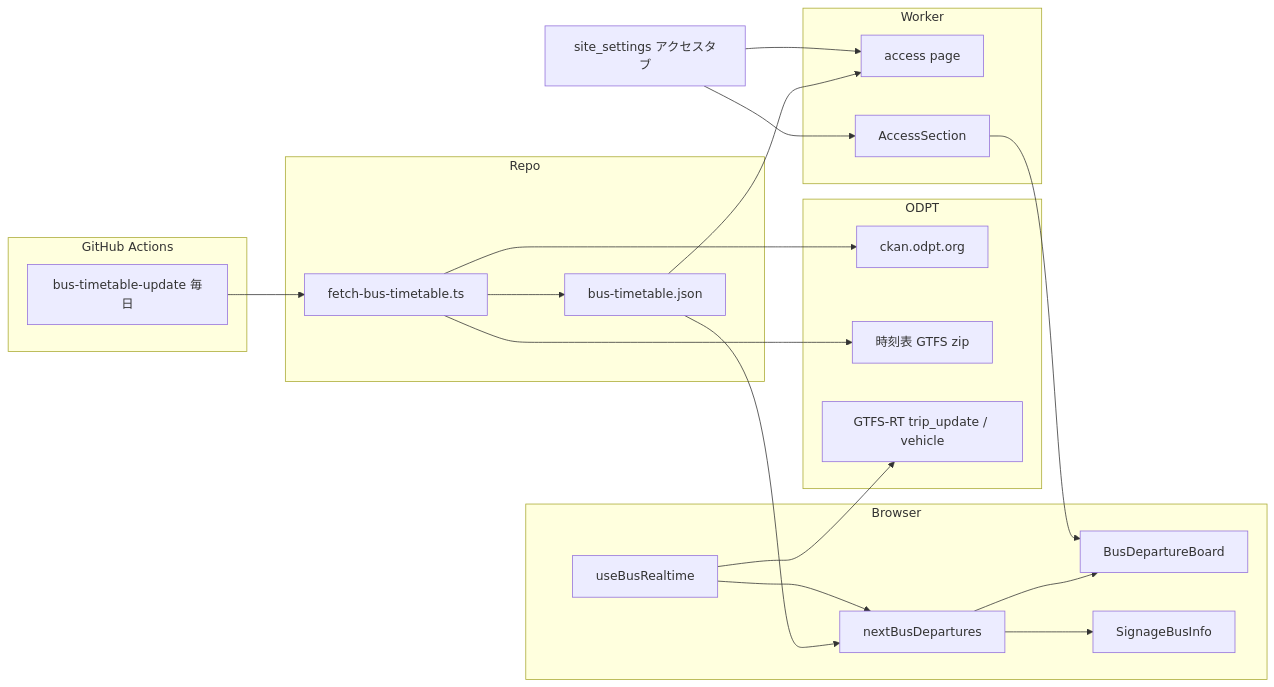
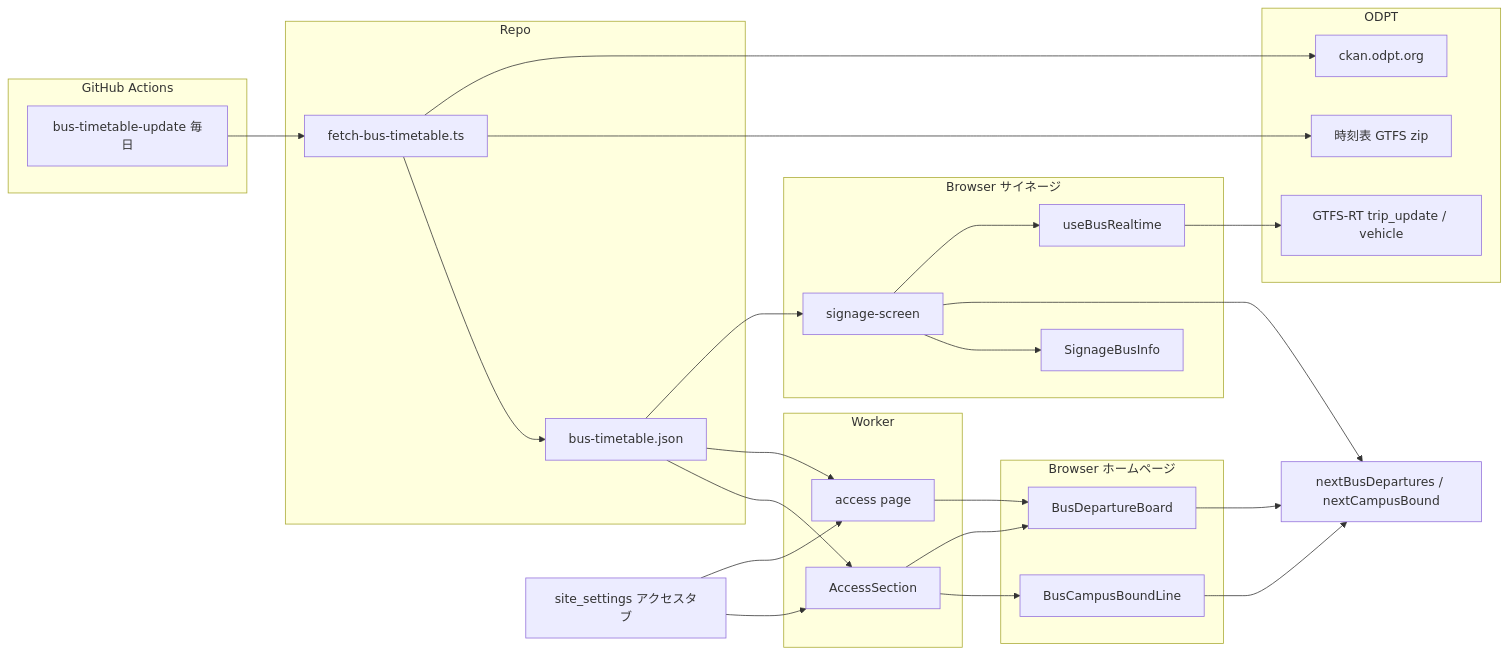
The first of 4 diagrams in .kiro/specs/bus-departure-info/design.md (aramakisai/aramakisai-web), drawn with Mermaid before and after one commit. The commit also changed other lines of this file, not shown here.

Commit message:
docs(spec): bus-departure-info の設計を群馬大学行と時刻表だけのホームページ表示に合わせる

````diff
--- a/.kiro/specs/bus-departure-info/design.md
+++ b/.kiro/specs/bus-departure-info/design.md
@@ -60,40 +62,49 @@
 ```mermaid
 graph LR
   subgraph ODPT
     CKAN[ckan.odpt.org]
     GTFS[時刻表 GTFS zip]
     RT[GTFS-RT trip_update / vehicle]
   end
   subgraph GitHub Actions
     Cron[bus-timetable-update 毎日]
   end
   subgraph Repo
     Script[fetch-bus-timetable.ts]
     Json[bus-timetable.json]
   end
-  subgraph Browser
+  subgraph Signage[Browser サイネージ]
+    Screen[signage-screen]
     Hook[useBusRealtime]
-    Calc[nextBusDepartures]
-    Board[BusDepartureBoard]
     Sign[SignageBusInfo]
   end
+  subgraph Home[Browser ホームページ]
+    Board[BusDepartureBoard]
+    Line[BusCampusBoundLine]
+  end
+  Calc[nextBusDepartures / nextCampusBound]
   subgraph Worker
     Access[access page]
     Top[AccessSection]
   end
   CMS[site_settings アクセスタブ]
 
   Cron --> Script
   Script --> CKAN
   Script --> GTFS
   Script --> Json
-  Json --> Calc
+  Json --> Screen
   Json --> Access
+  Json --> Top
+  Screen --> Hook
   Hook --> RT
-  Hook --> Calc
-  Calc --> Board
-  Calc --> Sign
+  Screen --> Calc
+  Screen --> Sign
+  Board --> Calc
+  Line --> Calc
   Top --> Board
+  Top --> Line
+  Access --> Board
   CMS --> Access
   CMS --> Top
 ```
````
